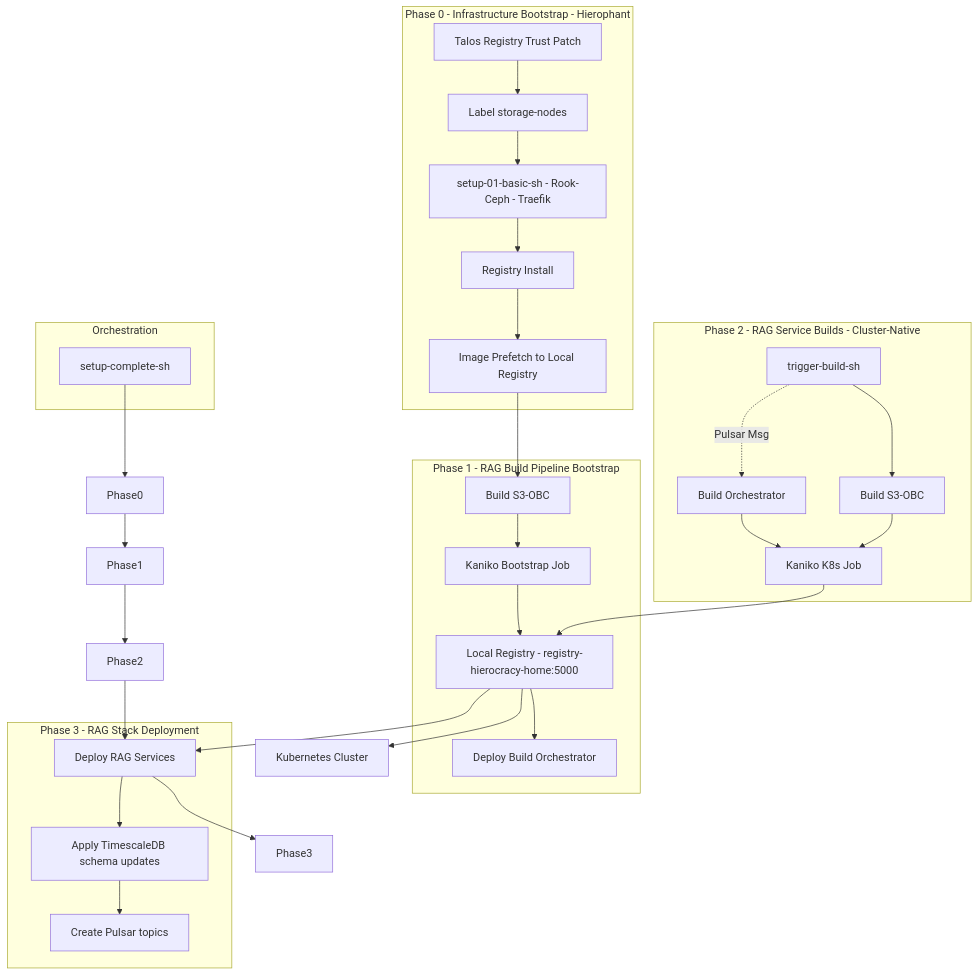
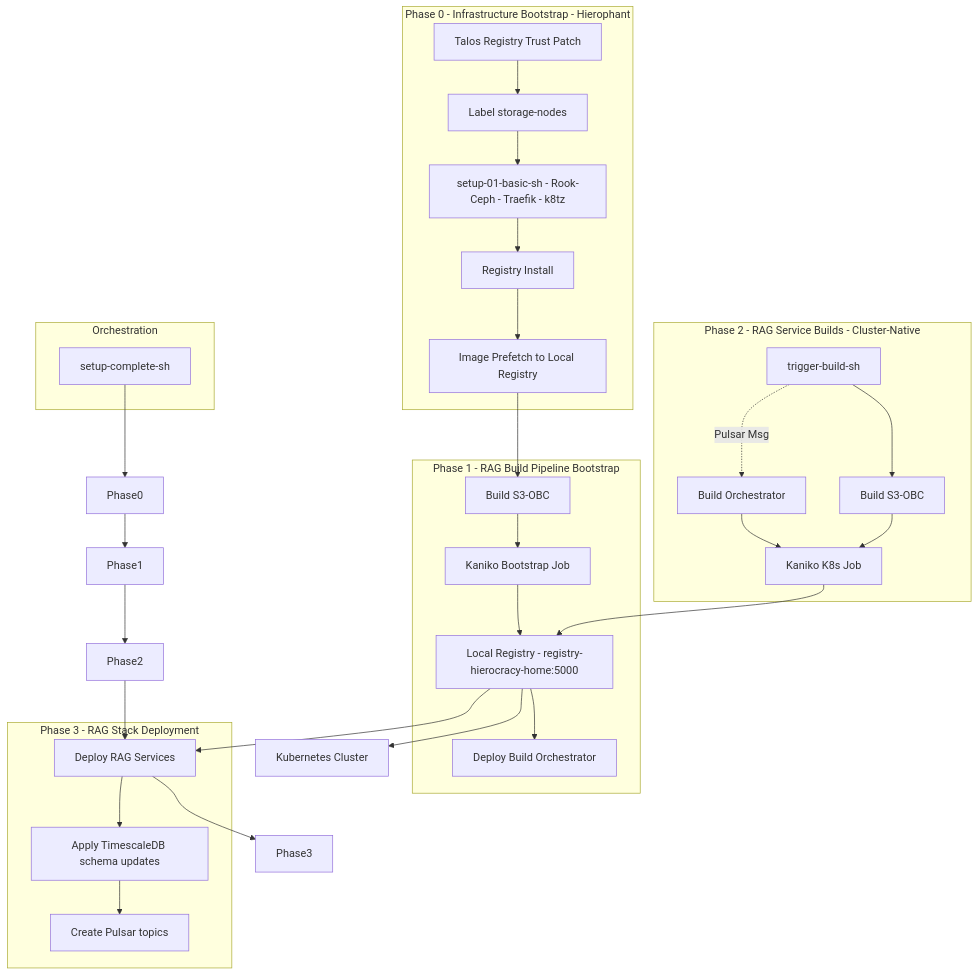
One commit to coppergate/RAG-CRD-BUILD changed the second of 2 diagrams in RAG Stack Architecture.md. Above: the diagram before and after it, drawn with Mermaid. The commit also changed other lines of this file and 12 other files, not shown here.

````diff
--- a/RAG Stack Architecture.md
+++ b/RAG Stack Architecture.md
@@ -147,42 +149,42 @@
 ```mermaid
 flowchart TD
     subgraph "Phase 0 - Infrastructure Bootstrap - Hierophant"
         Talos[Talos Registry Trust Patch] --> Labels[Label storage-nodes]
-        Labels --> Basic[setup-01-basic-sh - Rook-Ceph - Traefik]
+        Labels --> Basic[setup-01-basic-sh - Rook-Ceph - Traefik - k8tz]
         Basic --> Reg[Registry Install]
         Reg --> Prefetch[Image Prefetch to Local Registry]
     end
 
     subgraph "Phase 1 - RAG Build Pipeline Bootstrap"
         Prefetch --> S3_1[Build S3-OBC]
         S3_1 --> BootstrapJob[Kaniko Bootstrap Job]
         BootstrapJob --> RegistryNode[Local Registry - registry-hierocracy-home:5000]
         RegistryNode --> OrchDeploy[Deploy Build Orchestrator]
     end
 
     subgraph "Phase 2 - RAG Service Builds - Cluster-Native"
         Trigger[trigger-build-sh] --> S3_2[Build S3-OBC]
         Trigger -.->|Pulsar Msg| Orch[Build Orchestrator]
         Orch --> Kaniko[Kaniko K8s Job]
         S3_2 --> Kaniko
         Kaniko --> RegistryNode
     end
 
     subgraph "Phase 3 - RAG Stack Deployment"
         RegistryNode --> Deploy[Deploy RAG Services]
         Deploy --> Migrate[Apply TimescaleDB schema updates]
         Migrate --> TopicInit[Create Pulsar topics]
     end
 
     RegistryNode --> K8s[Kubernetes Cluster]
 
     subgraph "Orchestration"
         Setup[setup-complete-sh]
     end
 
     Setup --> Phase0
     Phase0 --> Phase1
     Phase1 --> Phase2
     Phase2 --> Deploy
     Deploy --> Phase3
 ```
````
